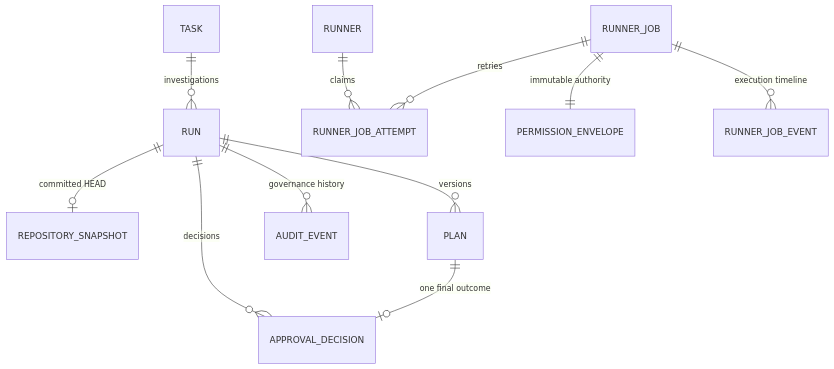
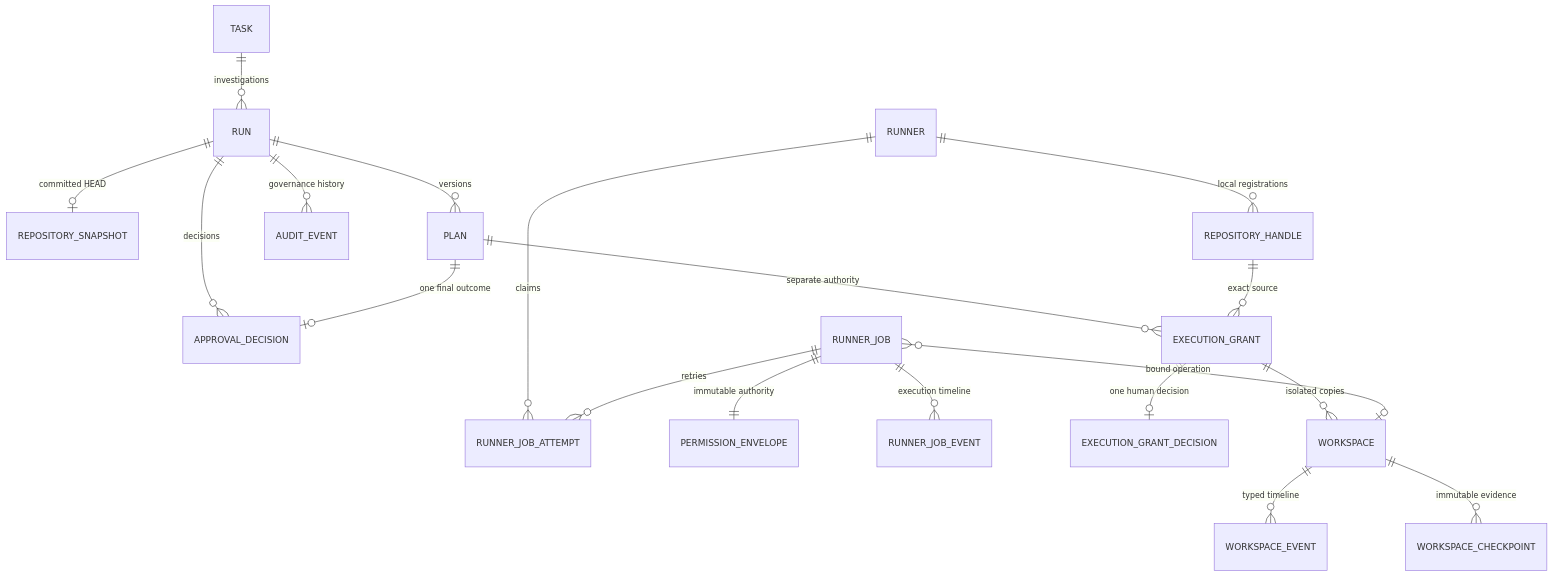
Before and after one commit to dankk0220abc-prog/visual-engineer: the diagram in docs/architecture/data-model.md, drawn with Mermaid. The commit also changed other lines of this file and 88 other files, not shown here.

Commit message:
feat: add isolated workspace and scoped file tools

````diff
--- a/docs/architecture/data-model.md
+++ b/docs/architecture/data-model.md
@@ -116,13 +152,21 @@
 ```mermaid
 erDiagram
     TASK ||--o{ RUN : "investigations"
     RUN ||--o| REPOSITORY_SNAPSHOT : "committed HEAD"
     RUN ||--o{ PLAN : "versions"
     RUN ||--o{ APPROVAL_DECISION : "decisions"
     PLAN ||--o| APPROVAL_DECISION : "one final outcome"
     RUN ||--o{ AUDIT_EVENT : "governance history"
     RUNNER ||--o{ RUNNER_JOB_ATTEMPT : "claims"
     RUNNER_JOB ||--|| PERMISSION_ENVELOPE : "immutable authority"
     RUNNER_JOB ||--o{ RUNNER_JOB_ATTEMPT : "retries"
     RUNNER_JOB ||--o{ RUNNER_JOB_EVENT : "execution timeline"
+    RUNNER ||--o{ REPOSITORY_HANDLE : "local registrations"
+    PLAN ||--o{ EXECUTION_GRANT : "separate authority"
+    REPOSITORY_HANDLE ||--o{ EXECUTION_GRANT : "exact source"
+    EXECUTION_GRANT ||--o| EXECUTION_GRANT_DECISION : "one human decision"
+    EXECUTION_GRANT ||--o{ WORKSPACE : "isolated copies"
+    WORKSPACE ||--o{ WORKSPACE_EVENT : "typed timeline"
+    WORKSPACE ||--o{ WORKSPACE_CHECKPOINT : "immutable evidence"
+    RUNNER_JOB }o--o| WORKSPACE : "bound operation"
 ```
````
